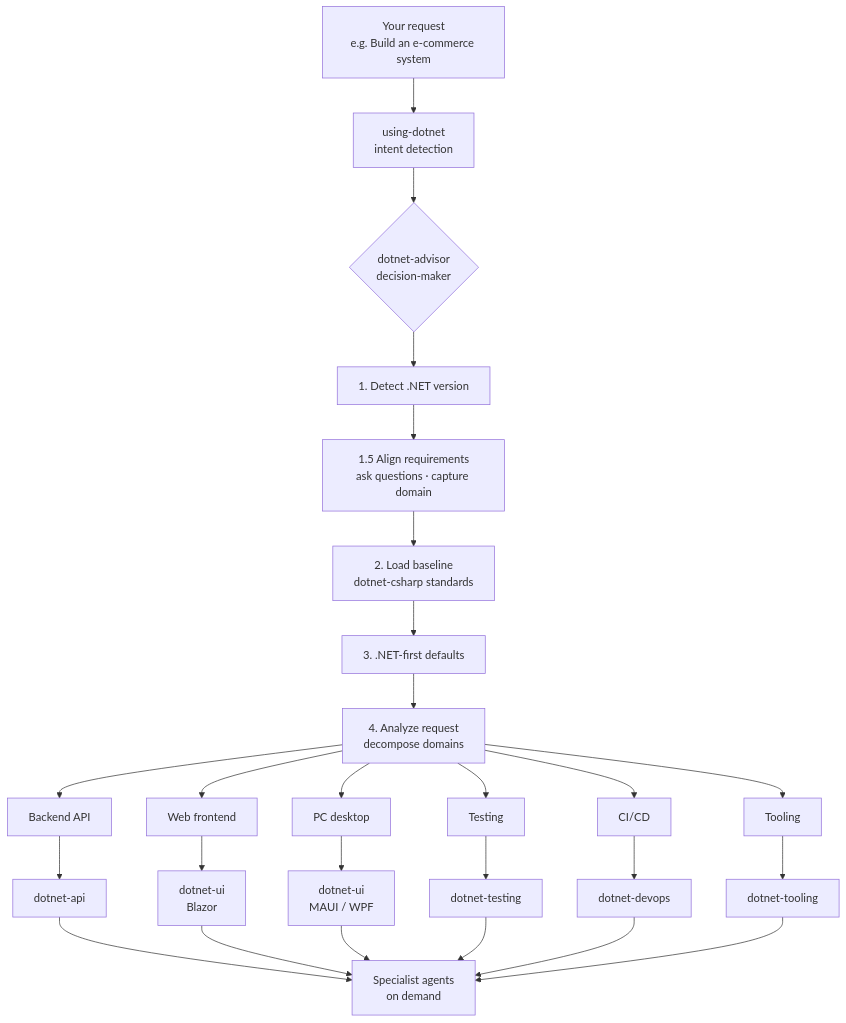
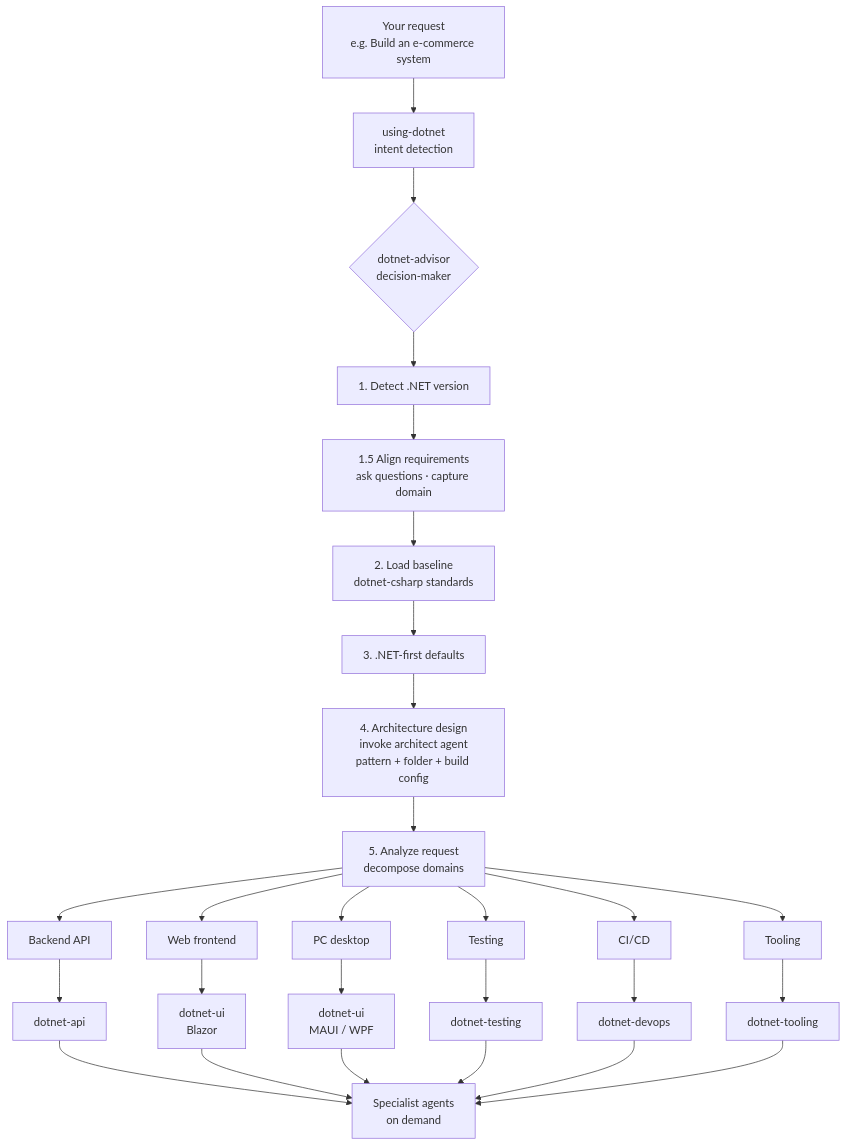
The diagram in README.en.md (YataoFeng/dotnet-artisan), drawn with Mermaid before and after one commit. The commit also changed other lines of this file and 1 other file, not shown here.

Commit message:
docs: add architecture design step to flowchart, update tooling description with solution structure

````diff
--- a/README.en.md
+++ b/README.en.md
@@ -50,28 +50,29 @@
 ```mermaid
 flowchart TD
     A[Your request<br/>e.g. Build an e-commerce system] --> B[using-dotnet<br/>intent detection]
     B --> C{dotnet-advisor<br/>decision-maker}
     C --> D[1. Detect .NET version]
     D --> E[1.5 Align requirements<br/>ask questions · capture domain]
     E --> F[2. Load baseline<br/>dotnet-csharp standards]
     F --> G[3. .NET-first defaults]
-    G --> H[4. Analyze request<br/>decompose domains]
-    H --> I1[Backend API]
-    H --> I2[Web frontend]
-    H --> I3[PC desktop]
-    H --> I4[Testing]
-    H --> I5[CI/CD]
-    H --> I6[Tooling]
+    G --> H[4. Architecture design<br/>invoke architect agent<br/>pattern + folder + build config]
+    H --> I[5. Analyze request<br/>decompose domains]
+    I --> I1[Backend API]
+    I --> I2[Web frontend]
+    I --> I3[PC desktop]
+    I --> I4[Testing]
+    I --> I5[CI/CD]
+    I --> I6[Tooling]
     I1 --> J1[dotnet-api]
     I2 --> J2[dotnet-ui<br/>Blazor]
     I3 --> J3[dotnet-ui<br/>MAUI / WPF]
     I4 --> J4[dotnet-testing]
     I5 --> J5[dotnet-devops]
     I6 --> J6[dotnet-tooling]
     J1 --> K[Specialist agents<br/>on demand]
     J2 --> K
     J3 --> K
     J4 --> K
     J5 --> K
     J6 --> K
 ```
````
